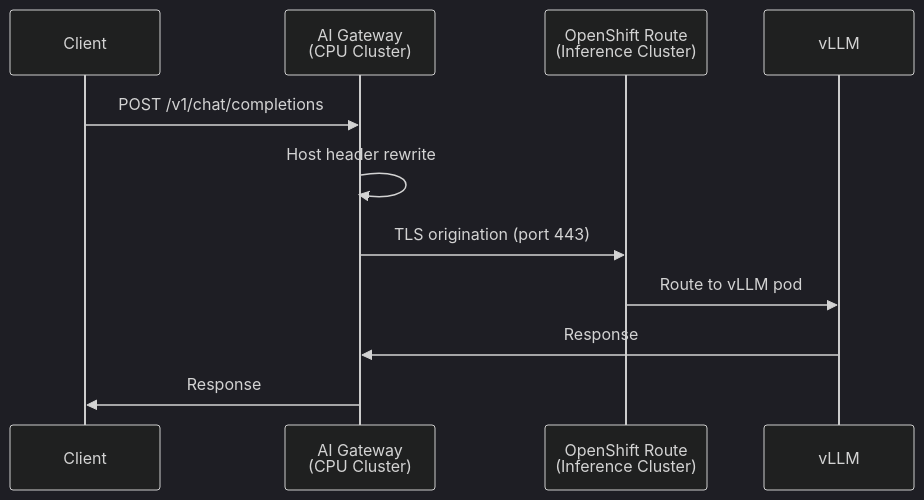
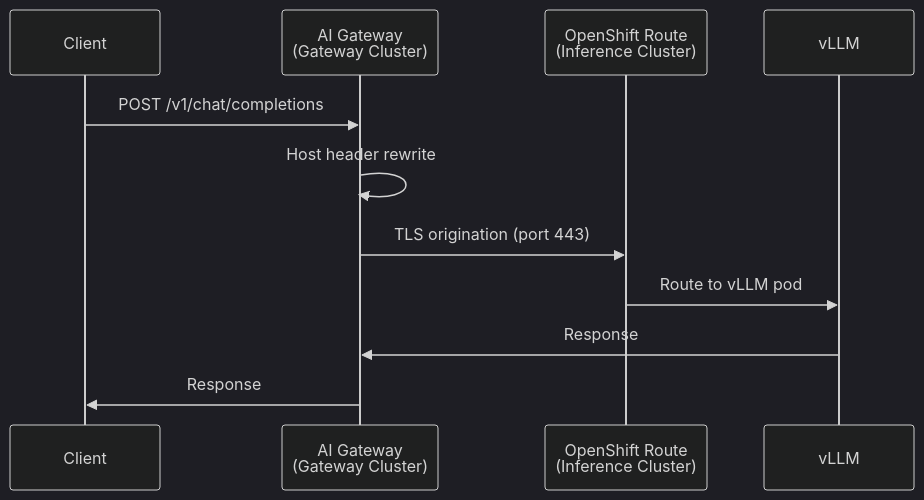
Before and after one commit to rrbanda/maas-demo: the second of 3 diagrams in README.md, drawn with Mermaid (dark theme). The commit also changed other lines of this file and 3 other files, not shown here.

First line of the commit message:
fix: remove CPU/GPU cluster labels — both clusters have GPUs

````diff
--- a/README.md
+++ b/README.md
@@ -56,14 +56,14 @@
 ```mermaid
 sequenceDiagram
     participant C as Client
-    participant GW as AI Gateway<br/>(CPU Cluster)
+    participant GW as AI Gateway<br/>(Gateway Cluster)
     participant RT as OpenShift Route<br/>(Inference Cluster)
     participant V as vLLM
 
     C->>GW: POST /v1/chat/completions
     GW->>GW: Host header rewrite
     GW->>RT: TLS origination (port 443)
     RT->>V: Route to vLLM pod
     V->>GW: Response
     GW->>C: Response
 ```
````
